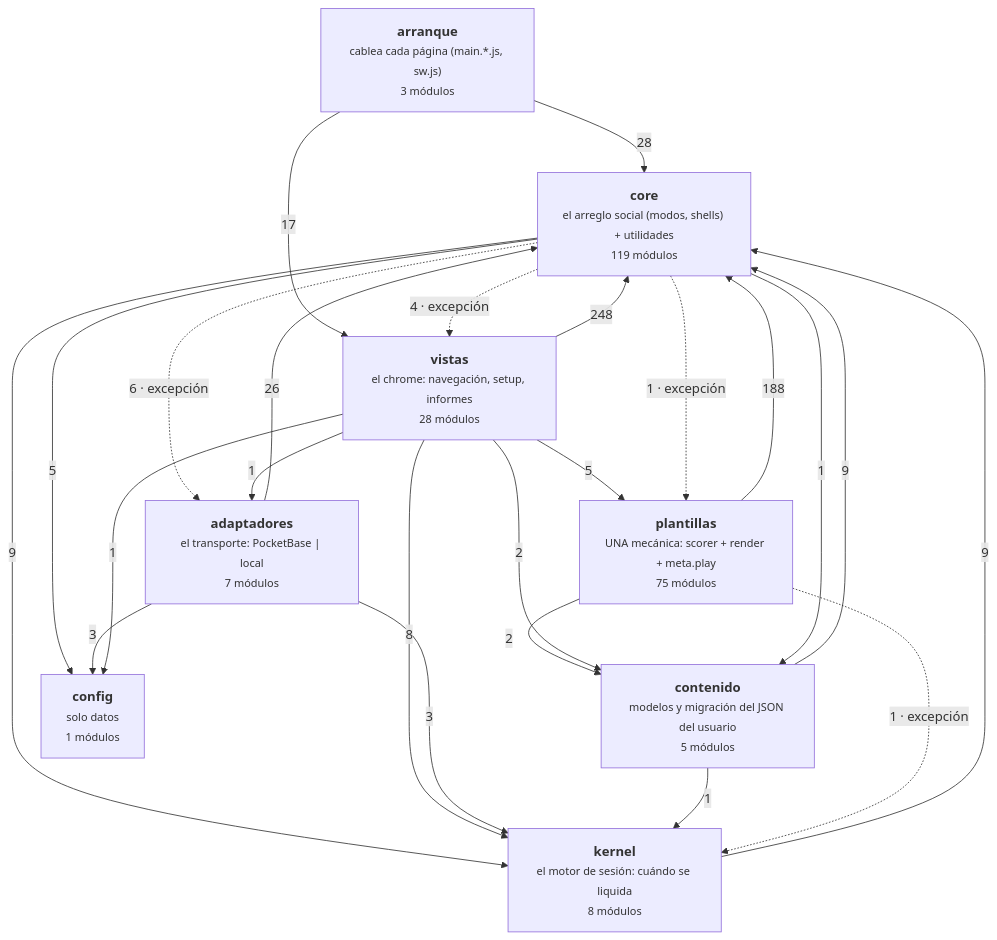
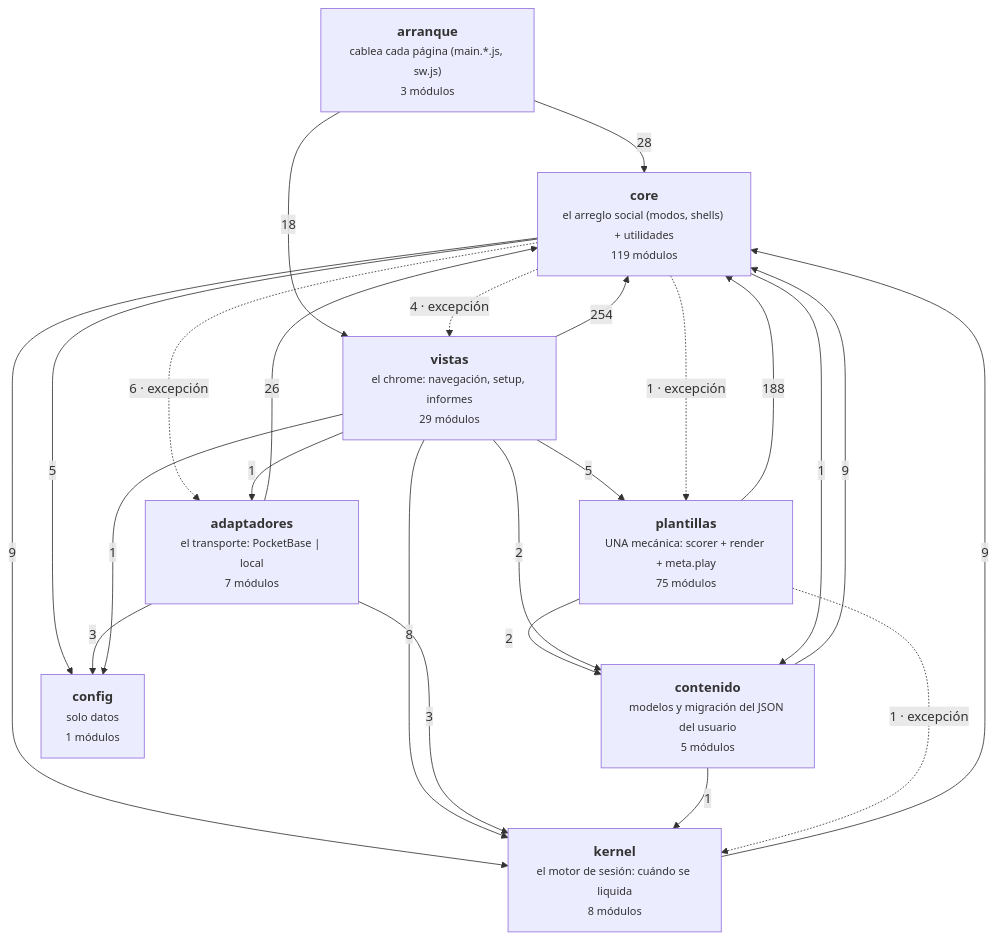
Before and after one commit to duecaz/ac: the diagram in docs/arquitectura-modulos.md, drawn with Mermaid. The commit also changed other lines of this file and 25 other files, not shown here.

````diff
--- a/docs/arquitectura-modulos.md
+++ b/docs/arquitectura-modulos.md
@@ -49,34 +49,34 @@
 ```mermaid
 graph TD
   A["<b>arranque</b><br/><small>cablea cada página (main.*.js, sw.js)</small><br/><small>3 módulos</small>"]
-  V["<b>vistas</b><br/><small>el chrome: navegación, setup, informes</small><br/><small>28 módulos</small>"]
+  V["<b>vistas</b><br/><small>el chrome: navegación, setup, informes</small><br/><small>29 módulos</small>"]
   AD["<b>adaptadores</b><br/><small>el transporte: PocketBase | local</small><br/><small>7 módulos</small>"]
   C["<b>core</b><br/><small>el arreglo social (modos, shells) + utilidades</small><br/><small>119 módulos</small>"]
   K["<b>kernel</b><br/><small>el motor de sesión: cuándo se liquida</small><br/><small>8 módulos</small>"]
   T["<b>plantillas</b><br/><small>UNA mecánica: scorer + render + meta.play</small><br/><small>75 módulos</small>"]
   CO["<b>contenido</b><br/><small>modelos y migración del JSON del usuario</small><br/><small>5 módulos</small>"]
   CF["<b>config</b><br/><small>solo datos</small><br/><small>1 módulos</small>"]
-  V -->|248| C
+  V -->|254| C
   T -->|188| C
   A -->|28| C
   AD -->|26| C
-  A -->|17| V
+  A -->|18| V
   C -->|9| K
   CO -->|9| C
   K -->|9| C
   V -->|8| K
   C -.->|6 · excepción| AD
   C -->|5| CF
   V -->|5| T
   C -.->|4 · excepción| V
   AD -->|3| CF
   AD -->|3| K
   T -->|2| CO
   V -->|2| CO
   C -.->|1 · excepción| T
   C -->|1| CO
   CO -->|1| K
   T -.->|1 · excepción| K
   V -->|1| AD
   V -->|1| CF
 ```
````
